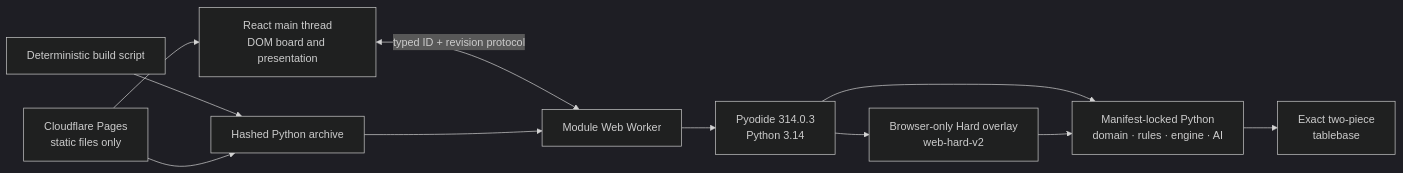
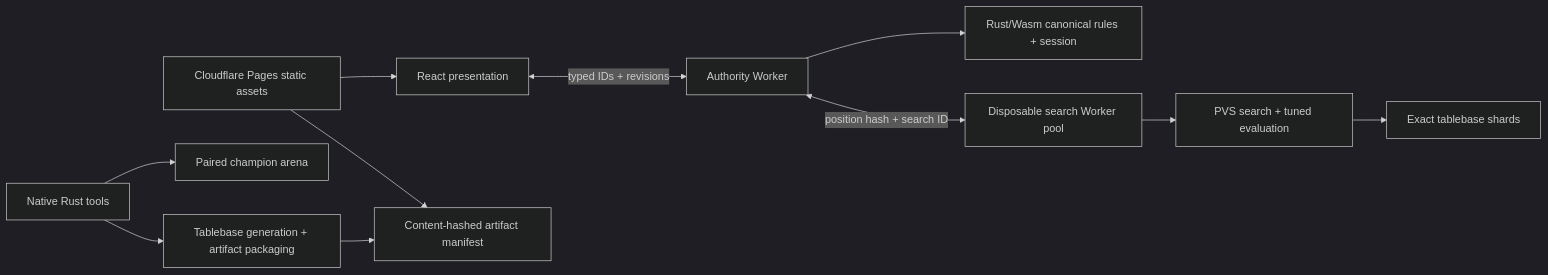
One commit to xmiao76/gpt_jungle_web changed the diagram in README.md. Above: the diagram before and after it, drawn with Mermaid (dark theme). The commit also changed other lines of this file and 90 other files, not shown here.

Commit message:
GPT web rust version

````diff
--- a/README.md
+++ b/README.md
@@ -67,13 +37,13 @@
 ```mermaid
 flowchart LR
-    UI[React main thread<br/>DOM board and presentation] <-->|typed ID + revision protocol| W[Module Web Worker]
-    W --> P[Pyodide 314.0.3<br/>Python 3.14]
-    P --> E[Manifest-locked Python<br/>domain · rules · engine · AI]
-    P --> H[Browser-only Hard overlay<br/>web-hard-v2]
-    E --> T[Exact two-piece<br/>tablebase]
-    H --> E
-    B[Deterministic build script] --> Z[Hashed Python archive]
-    Z --> W
-    C[Cloudflare Pages<br/>static files only] --> UI
-    C --> Z
+    UI[React presentation] <-->|typed IDs + revisions| A[Authority Worker]
+    A --> C[Rust/Wasm canonical rules + session]
+    A <-->|position hash + search ID| S[Disposable search Worker pool]
+    S --> E[PVS search + tuned evaluation]
+    E --> T[Exact tablebase shards]
+    N[Native Rust tools] --> B[Tablebase generation + artifact packaging]
+    N --> G[Paired champion arena]
+    B --> M[Content-hashed artifact manifest]
+    P[Cloudflare Pages static assets] --> UI
+    P --> M
 ```
````
